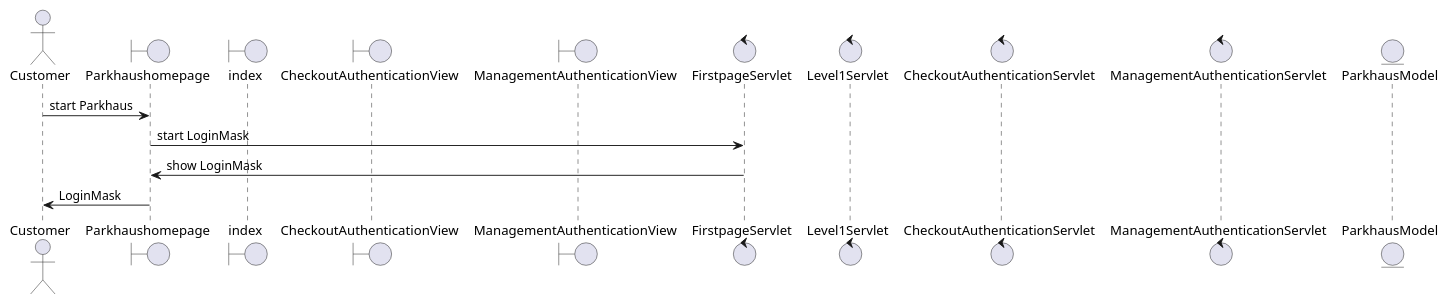
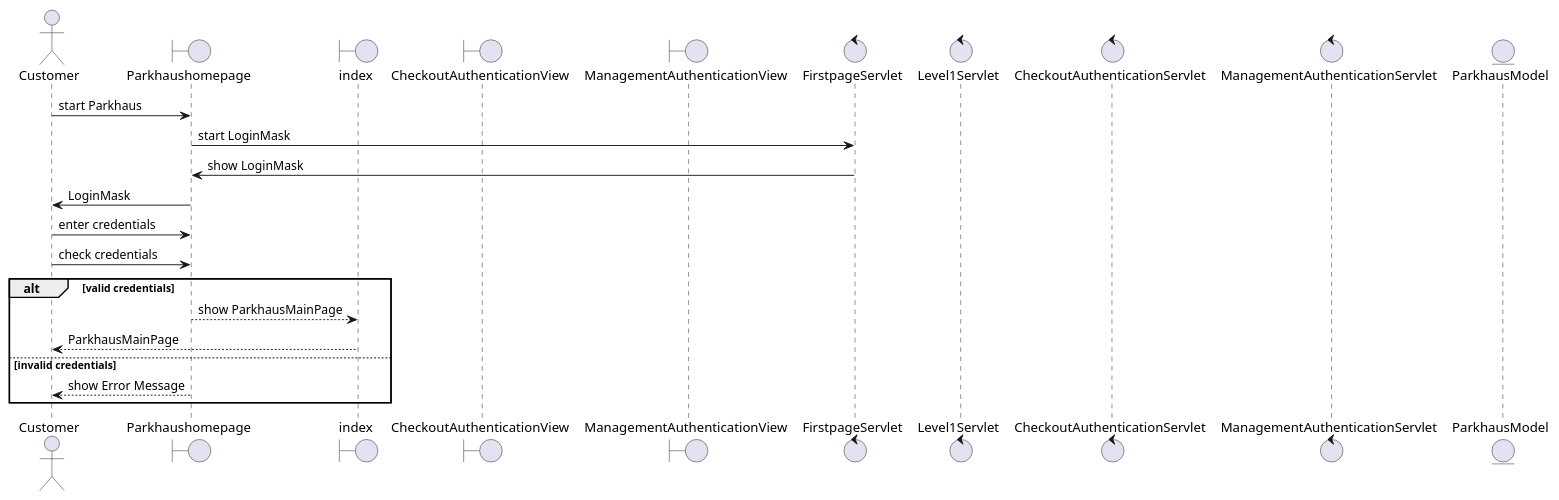
One commit to 1nbetw33n/Parkhaus_new changed the diagram in src/main/parkhaus-project/Parkhaus/java/Planung/DIAGRAMM/sd_Parkhaus.puml. Above: the diagram before and after it, drawn with PlantUML.

Commit message:
Added credentials check. Added conditional for Login.

```diff
--- a/src/main/parkhaus-project/Parkhaus/java/Planung/DIAGRAMM/sd_Parkhaus.puml
+++ b/src/main/parkhaus-project/Parkhaus/java/Planung/DIAGRAMM/sd_Parkhaus.puml
@@ -1,18 +1,25 @@
 @startuml
 'https://plantuml.com/sequence-diagram
 actor Customer
 boundary Parkhaushomepage
 boundary index
 boundary CheckoutAuthenticationView
 boundary ManagementAuthenticationView
 control FirstpageServlet
 control Level1Servlet
 control CheckoutAuthenticationServlet
 control ManagementAuthenticationServlet
 entity ParkhausModel
 Customer -> Parkhaushomepage : start Parkhaus
 Parkhaushomepage -> FirstpageServlet : start LoginMask
 FirstpageServlet -> Parkhaushomepage : show LoginMask
 Parkhaushomepage -> Customer : LoginMask
-
+Customer ->  Parkhaushomepage : enter credentials
+Customer -> Parkhaushomepage : check credentials
+alt valid credentials
+    Parkhaushomepage --> index : show ParkhausMainPage
+    index --> Customer : ParkhausMainPage
+else invalid credentials
+    Parkhaushomepage --> Customer : show Error Message
+end
 @enduml
```
